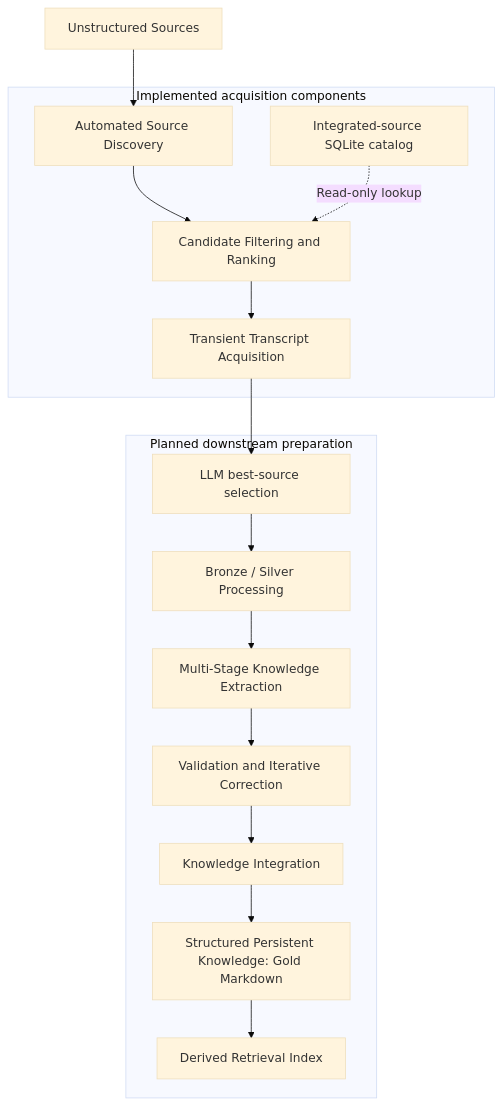
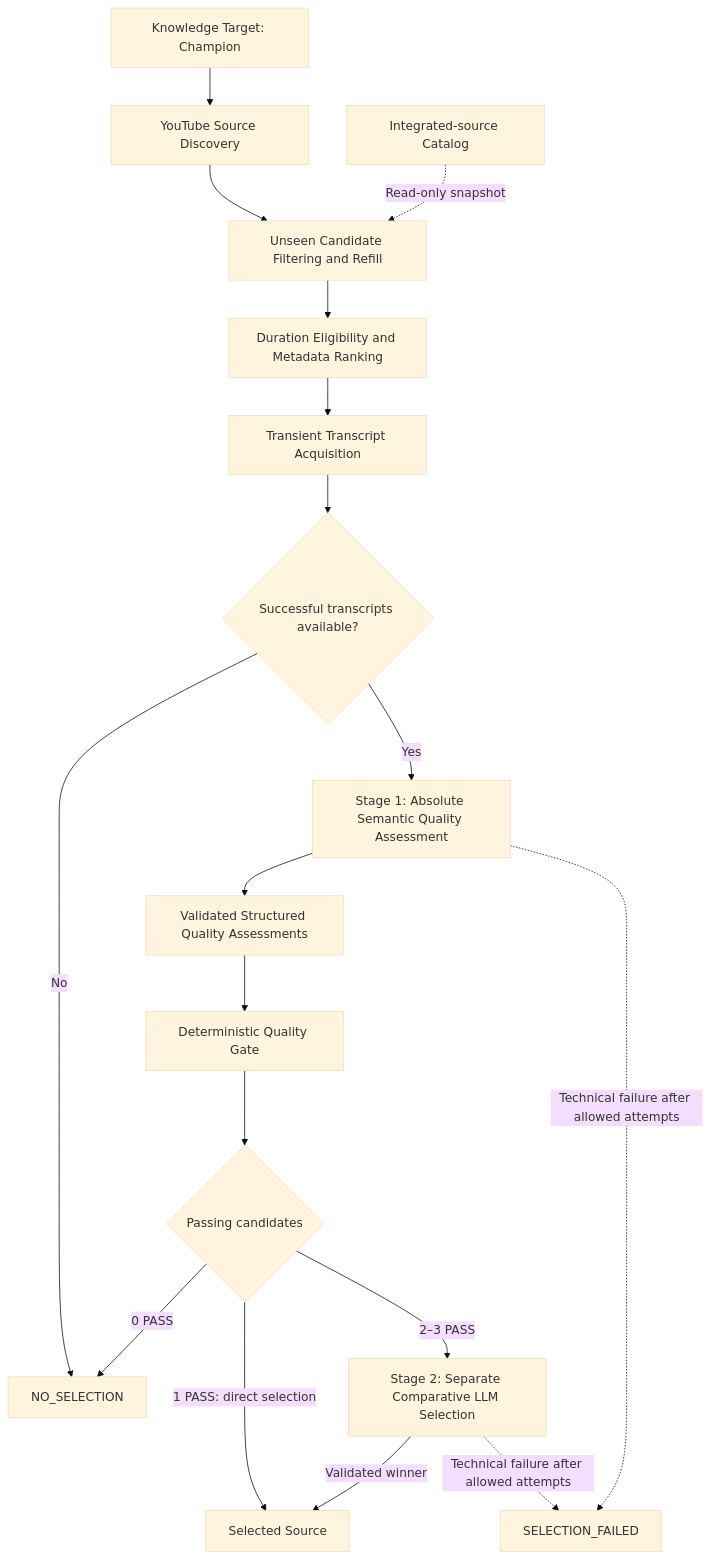
The first of 2 diagrams in README.md (NeuralBlau/league-knowledge-platform), drawn with Mermaid (base theme) before and after one commit. The commit also changed other lines of this file and 2 other files, not shown here.

Commit message:
Document experimental domain and source acquisition

````diff
--- a/README.md
+++ b/README.md
@@ -25,23 +40,20 @@
 ```mermaid
 flowchart TD
-    S["Unstructured Sources"] --> D
-    subgraph Current["Implemented acquisition components"]
-        D["Automated Source Discovery"]
-        F["Candidate Filtering and Ranking"]
-        T["Transient Transcript Acquisition"]
-        C["Integrated-source SQLite catalog"]
-        D --> F --> T
-        C -. "Read-only lookup" .-> F
-    end
-    subgraph Planned["Planned downstream preparation"]
-        L["LLM best-source selection"]
-        B["Bronze / Silver Processing"]
-        E["Multi-Stage Knowledge Extraction"]
-        V["Validation and Iterative Correction"]
-        I["Knowledge Integration"]
-        G["Structured Persistent Knowledge: Gold Markdown"]
-        R["Derived Retrieval Index"]
-        L --> B --> E --> V --> I --> G --> R
-    end
-    T --> L
+    T["Knowledge Target: Champion"] --> D["YouTube Source Discovery"]
+    D --> U["Unseen Candidate Filtering and Refill"]
+    C["Integrated-source Catalog"] -. "Read-only snapshot" .-> U
+    U --> R["Duration Eligibility and Metadata Ranking"]
+    R --> A["Transient Transcript Acquisition"]
+    A --> Z{"Successful transcripts available?"}
+    Z -- "No" --> N["NO_SELECTION"]
+    Z -- "Yes" --> Q["Stage 1: Absolute Semantic Quality Assessment"]
+    Q --> S["Validated Structured Quality Assessments"]
+    S --> G["Deterministic Quality Gate"]
+    G --> P{"Passing candidates"}
+    P -- "0 PASS" --> N
+    P -- "1 PASS: direct selection" --> W["Selected Source"]
+    P -- "2–3 PASS" --> L["Stage 2: Separate Comparative LLM Selection"]
+    L -- "Validated winner" --> W
+    Q -. "Technical failure after allowed attempts" .-> F["SELECTION_FAILED"]
+    L -. "Technical failure after allowed attempts" .-> F
 ```
````
